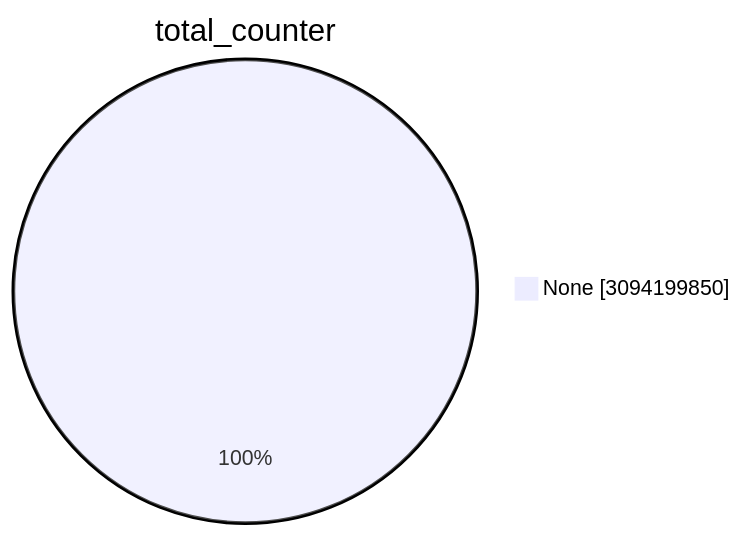
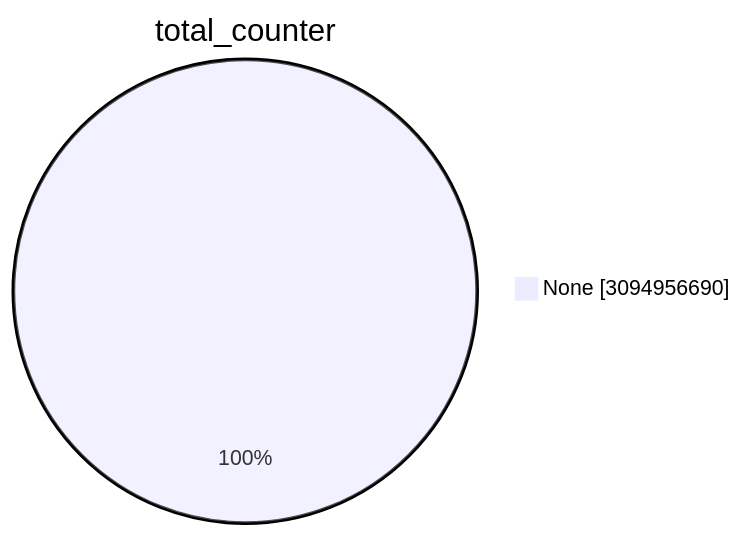
One commit to christiankrug/ctmonitor_visualization changed the first of 15 diagrams in TOTAL/README.md. Above: the diagram before and after it, drawn with Mermaid. The commit also changed other lines of this file, not shown here.

````diff
--- a/TOTAL/README.md
+++ b/TOTAL/README.md
@@ -1,5 +1,5 @@
 ```mermaid
 pie showData
 title total_counter
-"None" :3094199850
+"None" :3094956690
 ```
````
